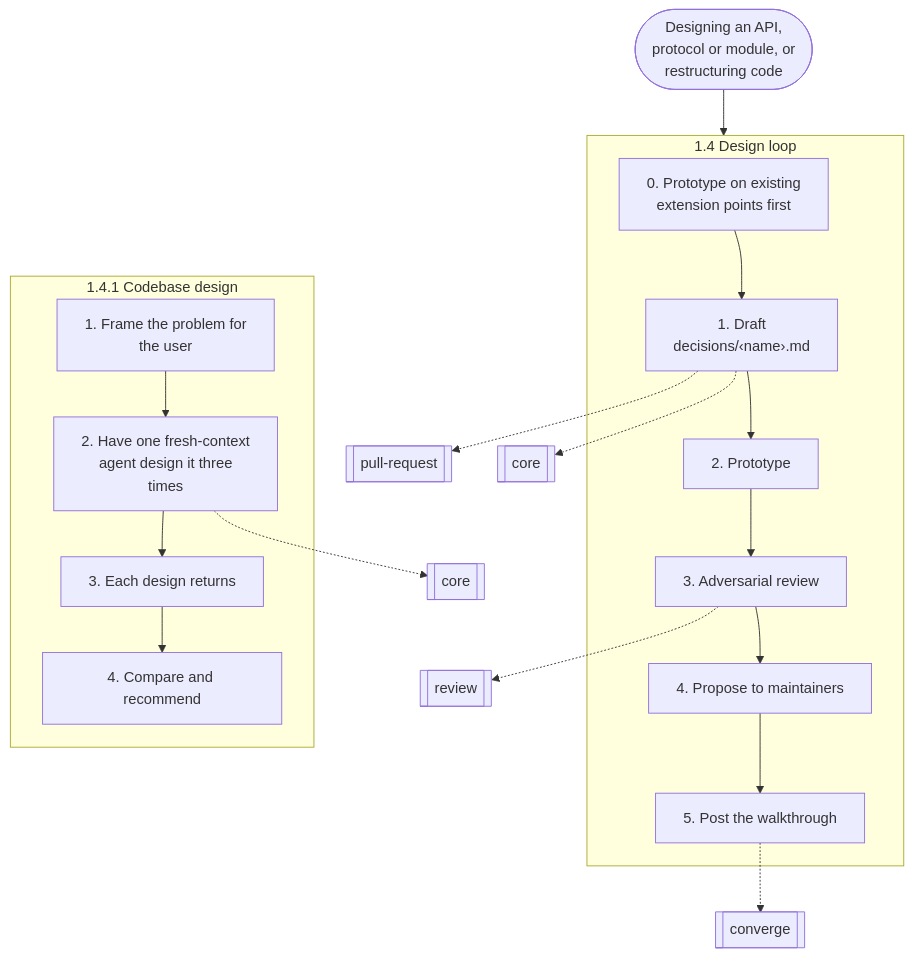
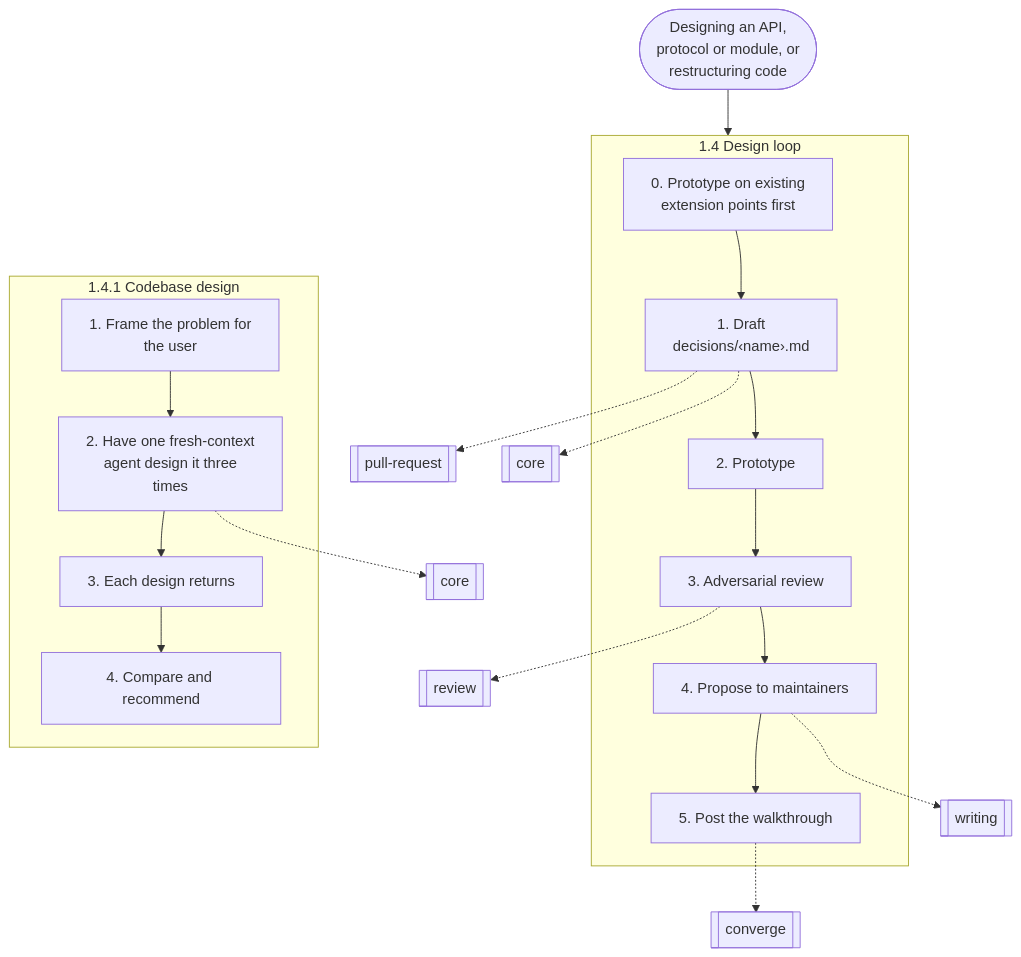
One commit to nitedani/mergeworthy changed the third of 17 diagrams in docs/graphs.md. Above: the diagram before and after it, drawn with Mermaid. The commit also changed other lines of this file and 14 other files, not shown here.

````diff
--- a/docs/graphs.md
+++ b/docs/graphs.md
@@ -64,33 +84,34 @@
 ```mermaid
 flowchart TB
   start(["Designing an API,<br/>protocol or module, or<br/>restructuring code"])
   subgraph g0["1.4 Design loop"]
     s0["0. Prototype on existing<br/>extension points first"]
     s1["1. Draft<br/>decisions/‹name›.md"]
     s0 --> s1
     s2["2. Prototype"]
     s1 --> s2
     s3["3. Adversarial review"]
     s2 --> s3
     s4["4. Propose to maintainers"]
     s3 --> s4
     s5["5. Post the walkthrough"]
     s4 --> s5
   end
   s1 -.-> r1[["pull-request"]]
   s1 -.-> r2[["core"]]
   s3 -.-> r3[["review"]]
-  s5 -.-> r4[["converge"]]
+  s4 -.-> r4[["writing"]]
+  s5 -.-> r5[["converge"]]
   subgraph g1["1.4.1 Codebase design"]
     s6["1. Frame the problem for<br/>the user"]
     s7["2. Have one fresh-context<br/>agent design it three<br/>times"]
     s6 --> s7
     s8["3. Each design returns"]
     s7 --> s8
     s9["4. Compare and recommend"]
     s8 --> s9
   end
-  s7 -.-> r5[["core"]]
+  s7 -.-> r6[["core"]]
   start --> g0
   g0 ~~~ g1
 ```
````
